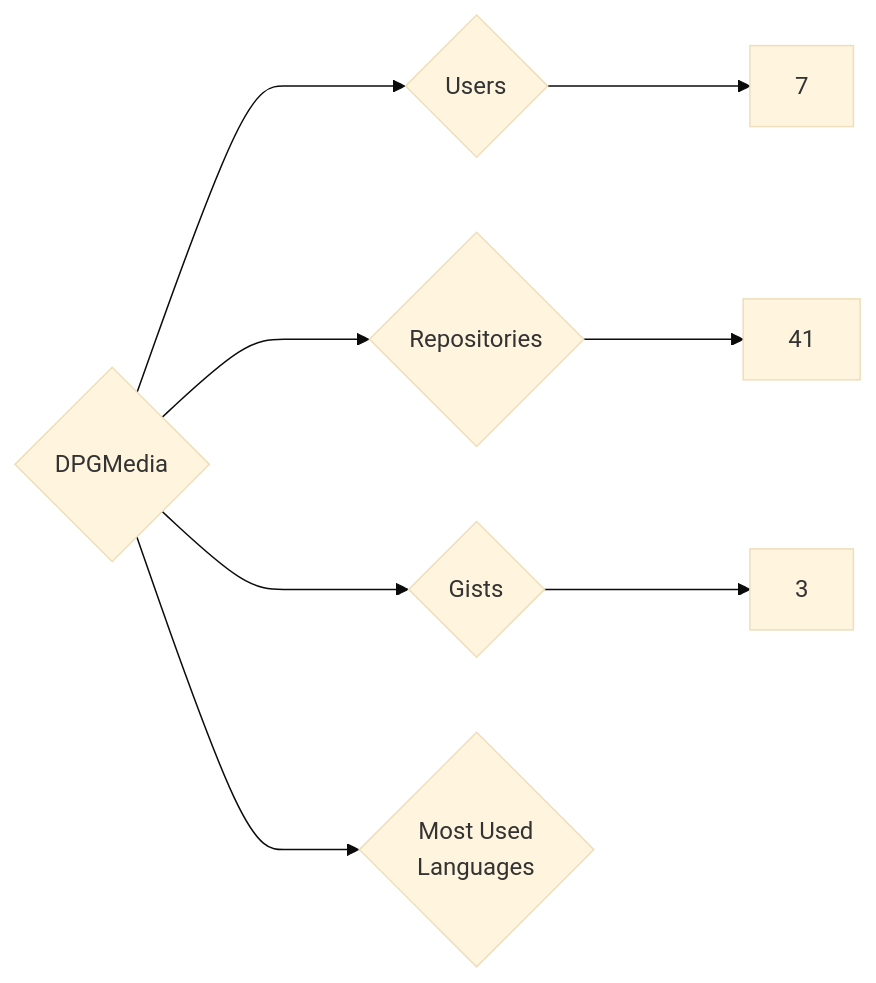
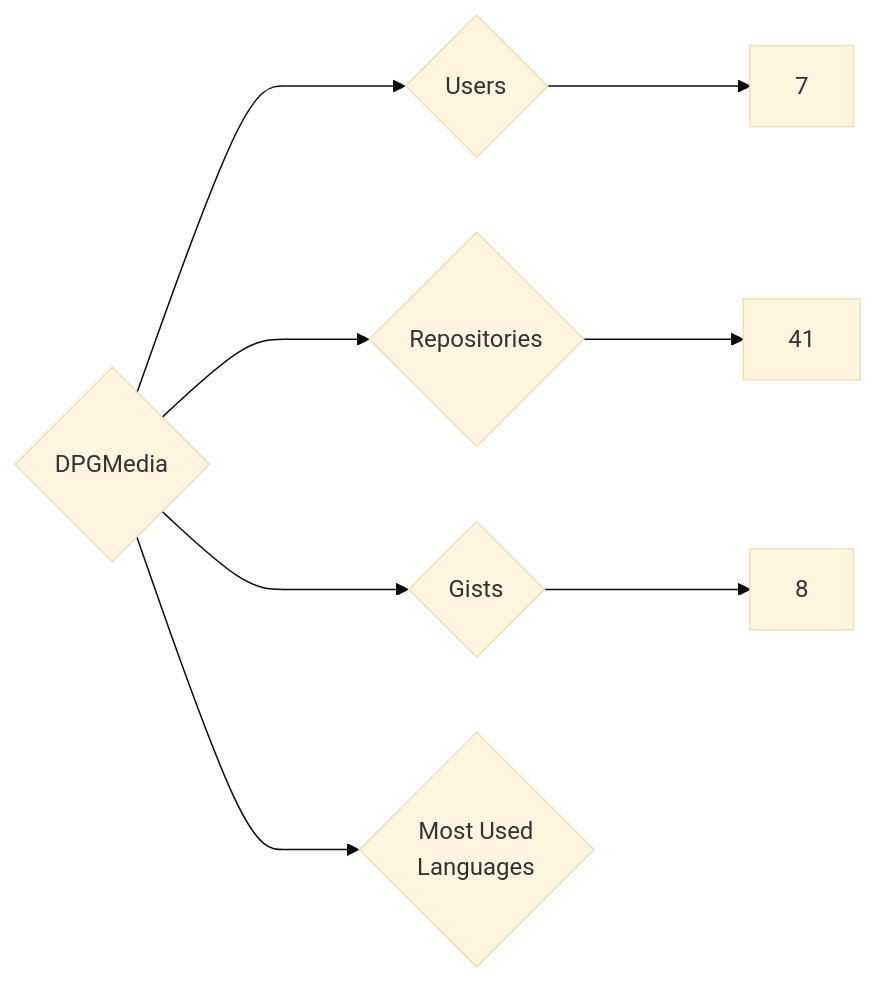
One commit to nenadzaric/insiders changed the diagram in targets/DPGMedia/README.md. Above: the diagram before and after it, drawn with Mermaid (base theme). The commit also changed 1342 other files, not shown here.

````diff
--- a/targets/DPGMedia/README.md
+++ b/targets/DPGMedia/README.md
@@ -3,8 +3,8 @@
 ```mermaid
 graph LR
 COMPANY_NAME{DPGMedia}
 COMPANY_NAME ---> U{Users} ---> UN[7]
 COMPANY_NAME ---> R{Repositories} ---> RN[41]
-COMPANY_NAME ---> G{Gists} ---> GN[3]
+COMPANY_NAME ---> G{Gists} ---> GN[8]
 COMPANY_NAME ---> ML{Most Used<br>Languages}
 ```
````
